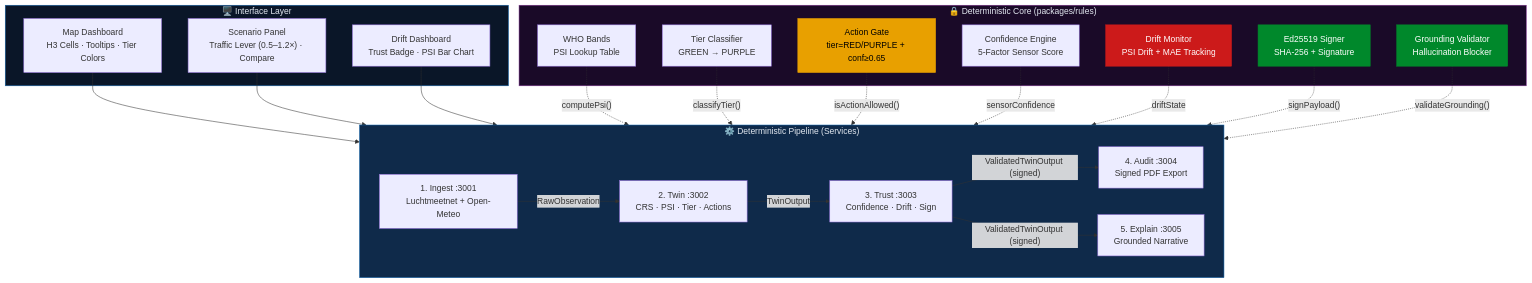
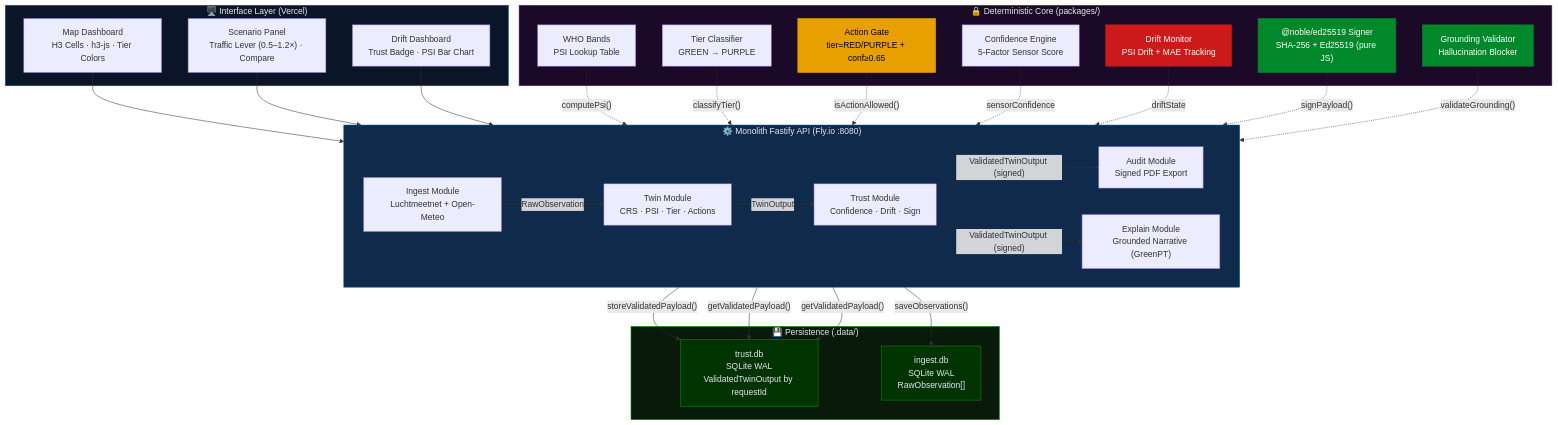
One commit to manojmallick/ams-pollution-twin-copilot changed the diagram in README.md. Above: the diagram before and after it, drawn with Mermaid. The commit also changed other lines of this file and 1 other file, not shown here.

First line of the commit message:
docs: update README and architecture for monolith API v2

````diff
--- a/README.md
+++ b/README.md
@@ -66,52 +68,65 @@
 ```mermaid
 graph TB
-    subgraph Interface["🖥️ Interface Layer"]
-        MAP["Map Dashboard<br/>H3 Cells · Tooltips · Tier Colors"]
+    subgraph Interface["🖥️ Interface Layer (Vercel)"]
+        MAP["Map Dashboard<br/>H3 Cells · h3-js · Tier Colors"]
         SCENARIO["Scenario Panel<br/>Traffic Lever (0.5–1.2×) · Compare"]
         DRIFTUI["Drift Dashboard<br/>Trust Badge · PSI Bar Chart"]
     end
 
-    subgraph Pipeline["⚙️ Deterministic Pipeline (Services)"]
+    subgraph API["⚙️ Monolith Fastify API (Fly.io :8080)"]
         direction LR
-        INGEST["1. Ingest :3001<br/>Luchtmeetnet + Open-Meteo"]
-        TWIN["2. Twin :3002<br/>CRS · PSI · Tier · Actions"]
-        TRUST["3. Trust :3003<br/>Confidence · Drift · Sign"]
-        AUDIT["4. Audit :3004<br/>Signed PDF Export"]
-        EXPLAIN["5. Explain :3005<br/>Grounded Narrative"]
+        INGEST["Ingest Module<br/>Luchtmeetnet + Open-Meteo"]
+        TWIN["Twin Module<br/>CRS · PSI · Tier · Actions"]
+        TRUST["Trust Module<br/>Confidence · Drift · Sign"]
+        AUDIT["Audit Module<br/>Signed PDF Export"]
+        EXPLAIN["Explain Module<br/>Grounded Narrative (GreenPT)"]
     end
 
-    subgraph Core["🔒 Deterministic Core (packages/rules)"]
+    subgraph Store["💾 Persistence (.data/)"]
+        TRUSTDB["trust.db<br/>SQLite WAL<br/>ValidatedTwinOutput by requestId"]
+        INGESTDB["ingest.db<br/>SQLite WAL<br/>RawObservation[]"]
+    end
+
+    subgraph Core["🔒 Deterministic Core (packages/)"]
         RULES["WHO Bands<br/>PSI Lookup Table"]
         TIERGATE["Tier Classifier<br/>GREEN → PURPLE"]
         ACTIONGATE["Action Gate<br/>tier=RED/PURPLE + conf≥0.65"]
         CONFENGINE["Confidence Engine<br/>5-Factor Sensor Score"]
         DRIFTMON["Drift Monitor<br/>PSI Drift + MAE Tracking"]
-        SIGNER["Ed25519 Signer<br/>SHA-256 + Signature"]
+        SIGNER["@noble/ed25519 Signer<br/>SHA-256 + Ed25519 (pure JS)"]
         GROUNDER["Grounding Validator<br/>Hallucination Blocker"]
     end
 
     MAP --> INGEST
     SCENARIO --> TWIN
     DRIFTUI --> TRUST
 
     INGEST -->|"RawObservation"| TWIN
     TWIN -->|"TwinOutput"| TRUST
     TRUST -->|"ValidatedTwinOutput (signed)"| AUDIT
     TRUST -->|"ValidatedTwinOutput (signed)"| EXPLAIN
 
+    TRUST -->|"storeValidatedPayload()"| TRUSTDB
+    AUDIT -->|"getValidatedPayload()"| TRUSTDB
+    EXPLAIN -->|"getValidatedPayload()"| TRUSTDB
+    INGEST -->|"saveObservations()"| INGESTDB
+
     RULES -.->|"computePsi()"| TWIN
     TIERGATE -.->|"classifyTier()"| TWIN
     ACTIONGATE -.->|"isActionAllowed()"| TWIN
     CONFENGINE -.->|"sensorConfidence"| TRUST
     DRIFTMON -.->|"driftState"| TRUST
     SIGNER -.->|"signPayload()"| TRUST
     GROUNDER -.->|"validateGrounding()"| EXPLAIN
 
     style Interface fill:#0a1628,stroke:#0d61aa,color:#e2e8f0
-    style Pipeline fill:#0f2a4a,stroke:#0d61aa,color:#e2e8f0
+    style API fill:#0f2a4a,stroke:#0d61aa,color:#e2e8f0
+    style Store fill:#0a1a0a,stroke:#009900,color:#e2e8f0
     style Core fill:#1a0a28,stroke:#7b2d8b,color:#e2e8f0
     style SIGNER fill:#00882b,stroke:#00882b,color:#fff
     style GROUNDER fill:#00882b,stroke:#00882b,color:#fff
     style DRIFTMON fill:#cc1a1a,stroke:#cc1a1a,color:#fff
     style ACTIONGATE fill:#e8a000,stroke:#e8a000,color:#000
+    style TRUSTDB fill:#003300,stroke:#009900,color:#e2e8f0
+    style INGESTDB fill:#003300,stroke:#009900,color:#e2e8f0
 ```
````
